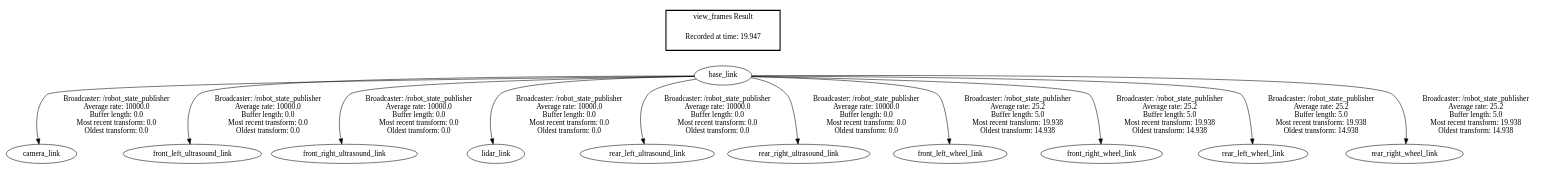
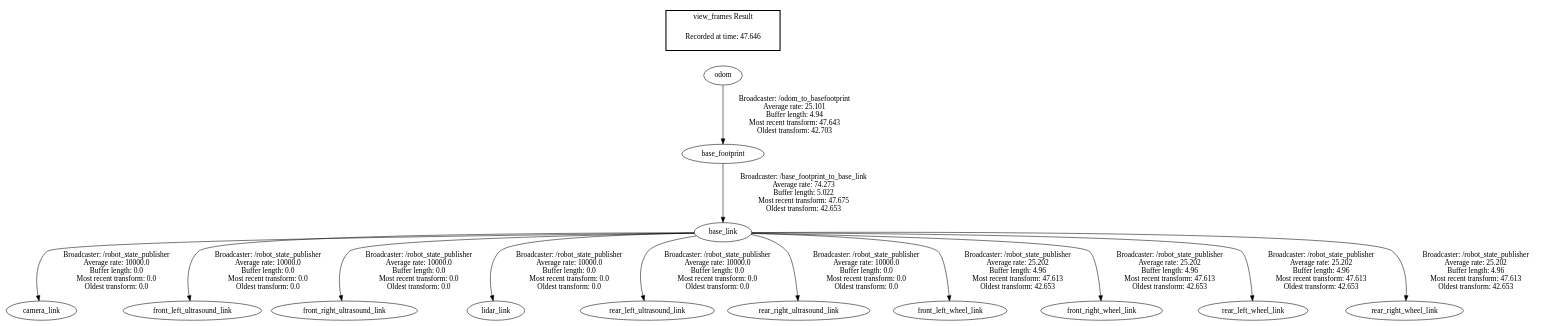
The diagram in frames.gv (wooepeke/Mirte-Master-Simulation), drawn with Graphviz before and after one commit. The commit also changed 16 other files, not shown here.

```diff
--- a/frames.gv
+++ b/frames.gv
@@ -1,16 +1,18 @@
 digraph G {
 "base_link" -> "camera_link"[label=" Broadcaster: /robot_state_publisher\nAverage rate: 10000.0\nBuffer length: 0.0\nMost recent transform: 0.0\nOldest transform: 0.0\n"];
+"base_footprint" -> "base_link"[label=" Broadcaster: /base_footprint_to_base_link\nAverage rate: 74.273\nBuffer length: 5.022\nMost recent transform: 47.675\nOldest transform: 42.653\n"];
 "base_link" -> "front_left_ultrasound_link"[label=" Broadcaster: /robot_state_publisher\nAverage rate: 10000.0\nBuffer length: 0.0\nMost recent transform: 0.0\nOldest transform: 0.0\n"];
 "base_link" -> "front_right_ultrasound_link"[label=" Broadcaster: /robot_state_publisher\nAverage rate: 10000.0\nBuffer length: 0.0\nMost recent transform: 0.0\nOldest transform: 0.0\n"];
 "base_link" -> "lidar_link"[label=" Broadcaster: /robot_state_publisher\nAverage rate: 10000.0\nBuffer length: 0.0\nMost recent transform: 0.0\nOldest transform: 0.0\n"];
 "base_link" -> "rear_left_ultrasound_link"[label=" Broadcaster: /robot_state_publisher\nAverage rate: 10000.0\nBuffer length: 0.0\nMost recent transform: 0.0\nOldest transform: 0.0\n"];
 "base_link" -> "rear_right_ultrasound_link"[label=" Broadcaster: /robot_state_publisher\nAverage rate: 10000.0\nBuffer length: 0.0\nMost recent transform: 0.0\nOldest transform: 0.0\n"];
-"base_link" -> "front_left_wheel_link"[label=" Broadcaster: /robot_state_publisher\nAverage rate: 25.2\nBuffer length: 5.0\nMost recent transform: 19.938\nOldest transform: 14.938\n"];
-"base_link" -> "front_right_wheel_link"[label=" Broadcaster: /robot_state_publisher\nAverage rate: 25.2\nBuffer length: 5.0\nMost recent transform: 19.938\nOldest transform: 14.938\n"];
-"base_link" -> "rear_left_wheel_link"[label=" Broadcaster: /robot_state_publisher\nAverage rate: 25.2\nBuffer length: 5.0\nMost recent transform: 19.938\nOldest transform: 14.938\n"];
-"base_link" -> "rear_right_wheel_link"[label=" Broadcaster: /robot_state_publisher\nAverage rate: 25.2\nBuffer length: 5.0\nMost recent transform: 19.938\nOldest transform: 14.938\n"];
+"base_link" -> "front_left_wheel_link"[label=" Broadcaster: /robot_state_publisher\nAverage rate: 25.202\nBuffer length: 4.96\nMost recent transform: 47.613\nOldest transform: 42.653\n"];
+"base_link" -> "front_right_wheel_link"[label=" Broadcaster: /robot_state_publisher\nAverage rate: 25.202\nBuffer length: 4.96\nMost recent transform: 47.613\nOldest transform: 42.653\n"];
+"base_link" -> "rear_left_wheel_link"[label=" Broadcaster: /robot_state_publisher\nAverage rate: 25.202\nBuffer length: 4.96\nMost recent transform: 47.613\nOldest transform: 42.653\n"];
+"base_link" -> "rear_right_wheel_link"[label=" Broadcaster: /robot_state_publisher\nAverage rate: 25.202\nBuffer length: 4.96\nMost recent transform: 47.613\nOldest transform: 42.653\n"];
+"odom" -> "base_footprint"[label=" Broadcaster: /odom_to_basefootprint\nAverage rate: 25.101\nBuffer length: 4.94\nMost recent transform: 47.643\nOldest transform: 42.703\n"];
 edge [style=invis];
  subgraph cluster_legend { style=bold; color=black; label ="view_frames Result";
-"Recorded at time: 19.947"[ shape=plaintext ] ;
-}->"base_link";
+"Recorded at time: 47.646"[ shape=plaintext ] ;
+}->"odom";
 }
```
